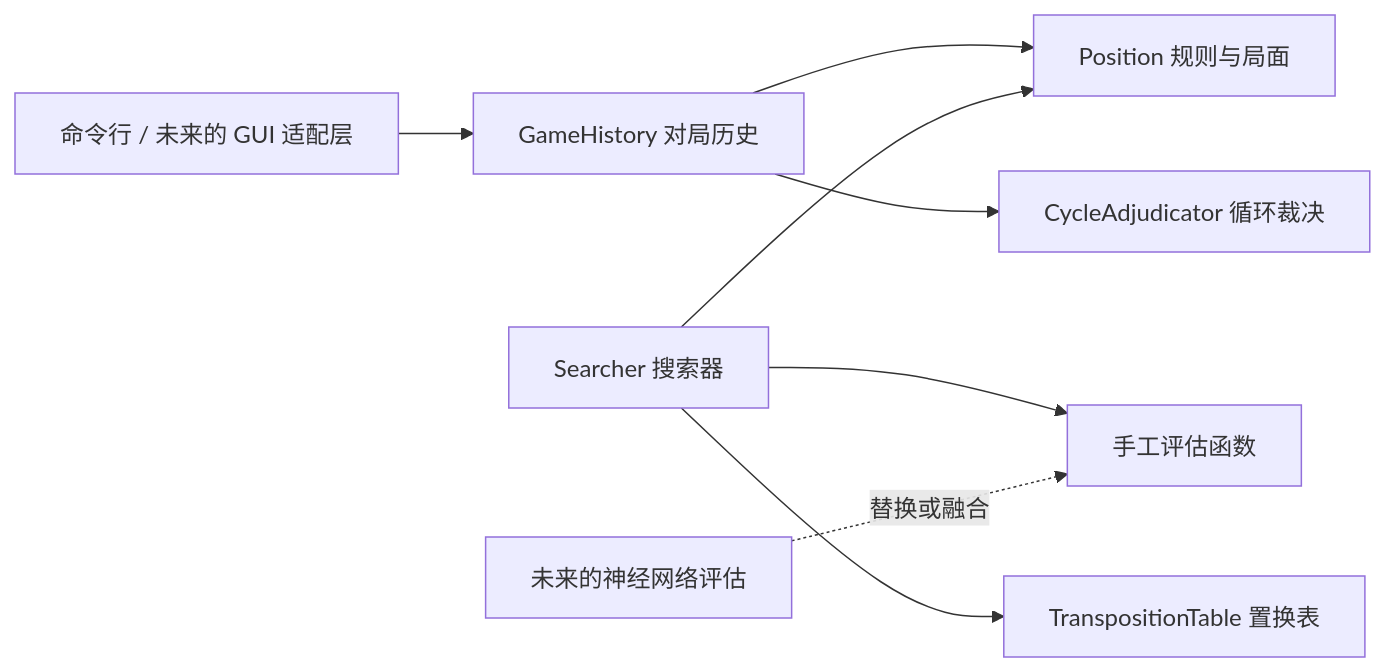
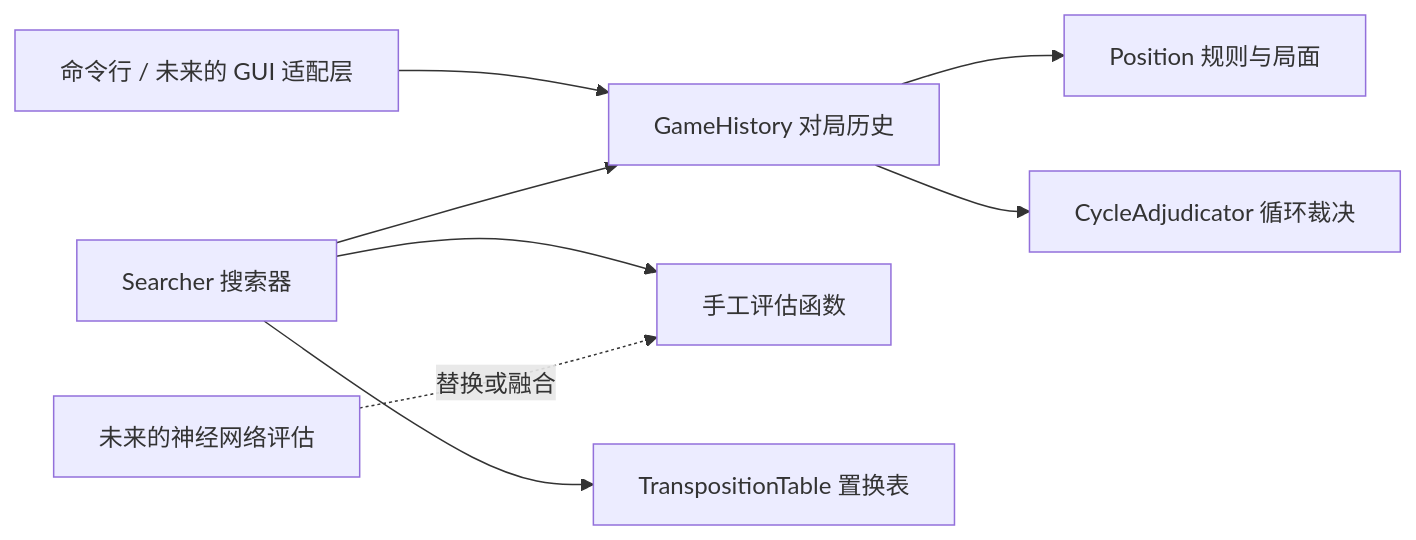
The diagram in README.md (Nightsky-Lty/chinese-cheese-ai), drawn with Mermaid before and after one commit. The commit also changed other lines of this file and 12 other files, not shown here.

````diff
--- a/README.md
+++ b/README.md
@@ -39,10 +40,10 @@
 ```mermaid
 flowchart LR
     UI["命令行 / 未来的 GUI 适配层"] --> GH["GameHistory 对局历史"]
+    SEARCH["Searcher 搜索器"] --> GH
     GH --> POS["Position 规则与局面"]
     GH --> CA["CycleAdjudicator 循环裁决"]
-    SEARCH["Searcher 搜索器"] --> POS
     SEARCH --> EVAL["手工评估函数"]
     SEARCH --> TT["TranspositionTable 置换表"]
     NN["未来的神经网络评估"] -.替换或融合.-> EVAL
 ```
````
